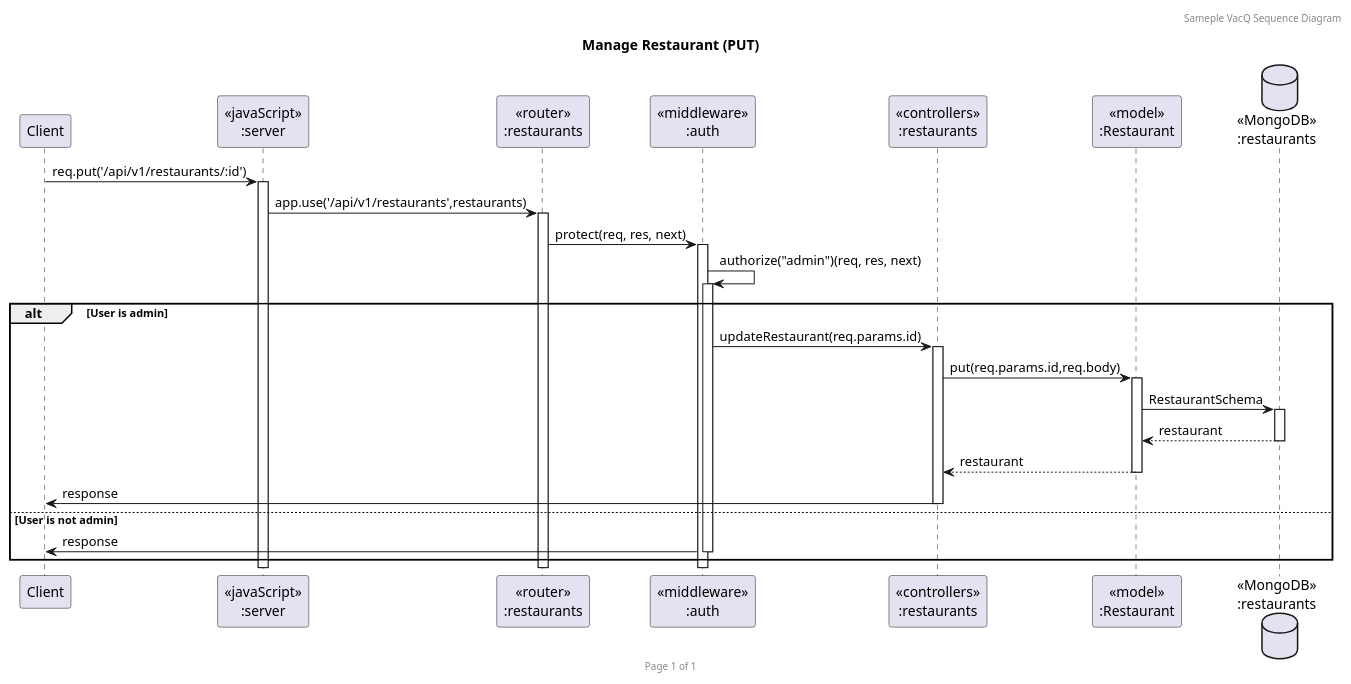
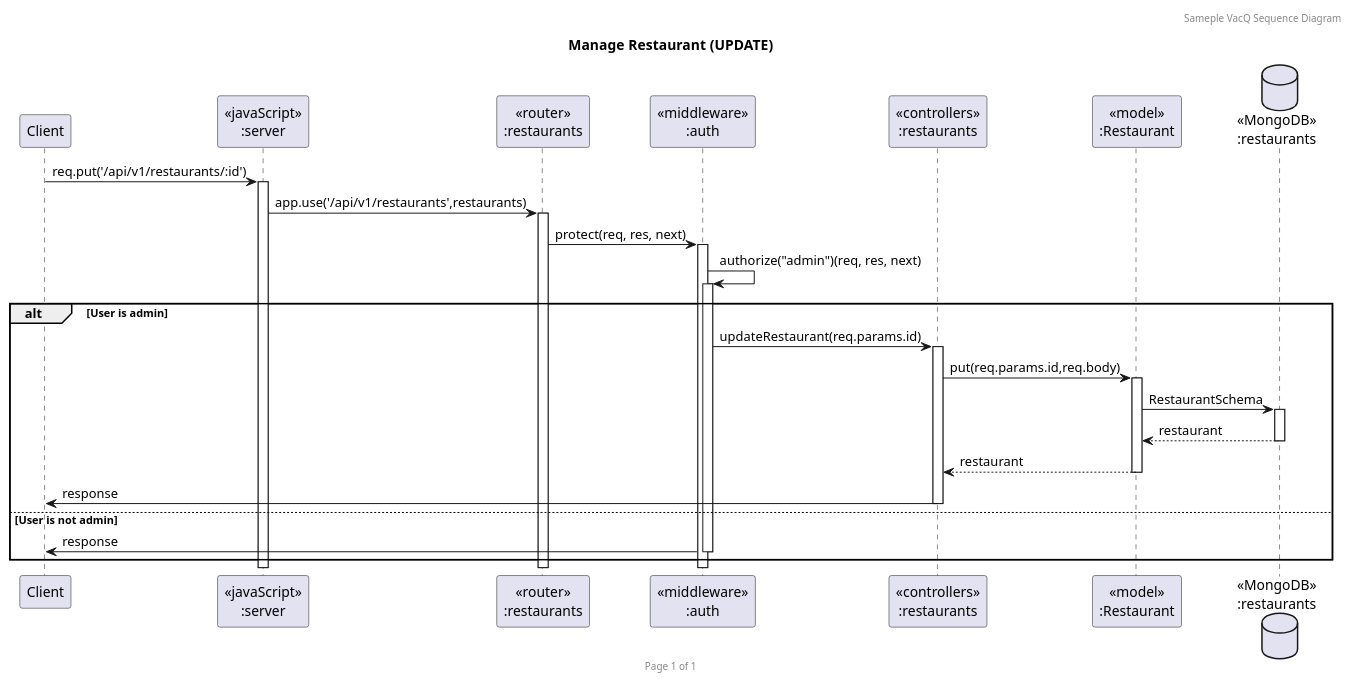
The diagram in sequence_diagram/restaurants/put.puml (punyaphatsura/SW-Dev-I-Project-Backend), drawn with PlantUML before and after one commit. The commit also changed 4 other files, not shown here.

Commit message:
docs: :sparkles: Update Diagram

```diff
--- a/sequence_diagram/restaurants/put.puml
+++ b/sequence_diagram/restaurants/put.puml
@@ -1,31 +1,31 @@
 @startuml Manage Restaurant (PUT)
 
 header Sameple VacQ Sequence Diagram
 footer Page %page% of %lastpage%
-title "Manage Restaurant (PUT)"
+title "Manage Restaurant (UPDATE)"
 
 participant "Client" as client
 participant "<<javaScript>>\n:server" as server
 participant "<<router>>\n:restaurants" as routerRestaurants
 participant "<<middleware>>\n:auth" as middleware
 participant "<<controllers>>\n:restaurants" as controllersRestaurants
 participant "<<model>>\n:Restaurant" as modelRestaurant
 database "<<MongoDB>>\n:restaurants" as RestaurantsDatabase
 
 client->server ++:req.put('/api/v1/restaurants/:id')
 server->routerRestaurants ++:app.use('/api/v1/restaurants',restaurants)
 routerRestaurants->middleware ++:protect(req, res, next)
 middleware->middleware ++:authorize("admin")(req, res, next)
 
 alt User is admin
     middleware->controllersRestaurants ++:updateRestaurant(req.params.id)
     controllersRestaurants->modelRestaurant ++:put(req.params.id,req.body)
     modelRestaurant ->RestaurantsDatabase ++: RestaurantSchema
     RestaurantsDatabase --> modelRestaurant --: restaurant
     controllersRestaurants <-- modelRestaurant --:restaurant
     controllersRestaurants->client --:response
 else User is not admin
     middleware->client --:response
     end
  
 @enduml
```
